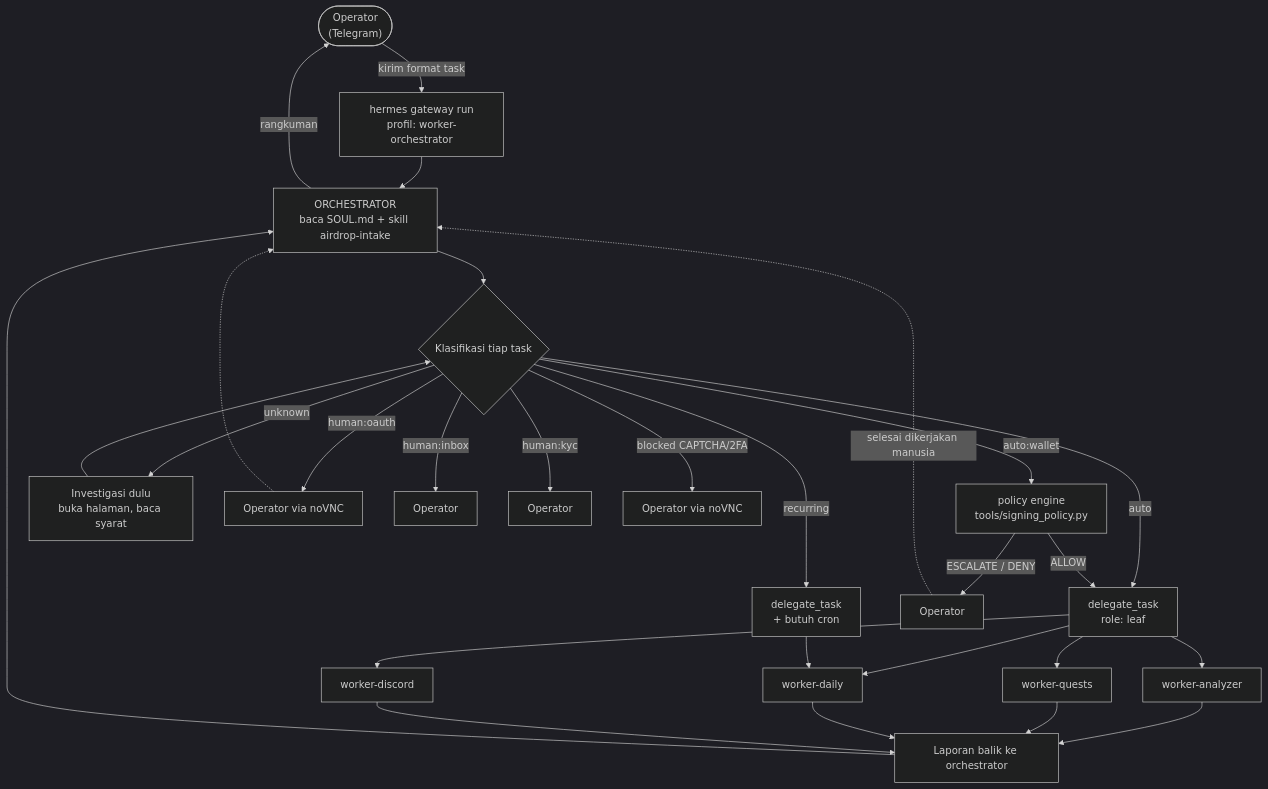
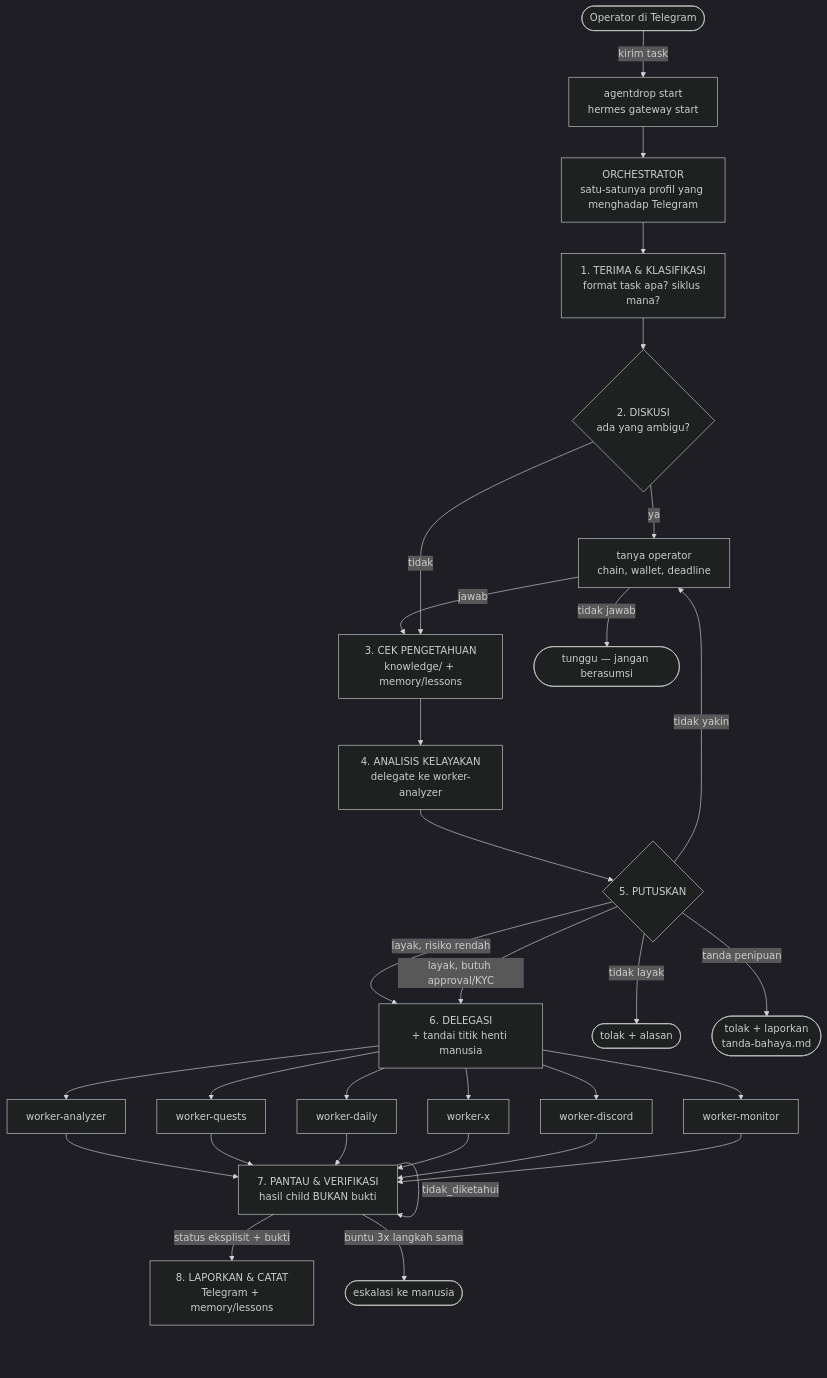
One commit to Scryptexai/AgentDrop changed the first of 6 diagrams in docs/arsitektur-alur.md. Above: the diagram before and after it, drawn with Mermaid (dark theme). The commit also changed other lines of this file and 4 other files, not shown here.

````diff
--- a/docs/arsitektur-alur.md
+++ b/docs/arsitektur-alur.md
@@ -18,36 +19,33 @@
 ```mermaid
 flowchart TD
-    U(["Operator<br/>(Telegram)"]) -->|"kirim format task"| GW["hermes gateway run<br/>profil: worker-orchestrator"]
-    GW --> ORC["ORCHESTRATOR<br/>baca SOUL.md + skill airdrop-intake"]
+    OP(["Operator di Telegram"]) -->|"kirim task"| GW["agentdrop start<br/>hermes gateway start"]
+    GW --> ORC["ORCHESTRATOR<br/>satu-satunya profil yang menghadap Telegram"]
 
-    ORC --> K{"Klasifikasi tiap task"}
+    ORC --> S1["1. TERIMA & KLASIFIKASI<br/>format task apa? siklus mana?"]
+    S1 --> S2{"2. DISKUSI<br/>ada yang ambigu?"}
+    S2 -->|"ya"| TNY["tanya operator<br/>chain, wallet, deadline"]
+    TNY -->|"jawab"| S3
+    TNY -->|"tidak jawab"| WAIT(["tunggu — jangan berasumsi"])
+    S2 -->|"tidak"| S3["3. CEK PENGETAHUAN<br/>knowledge/ + memory/lessons"]
 
-    K -->|auto| D1["delegate_task<br/>role: leaf"]
-    K -->|recurring| D2["delegate_task<br/>+ butuh cron"]
-    K -->|"auto:wallet"| PW["policy engine<br/>tools/signing_policy.py"]
-    PW -->|ALLOW| D1
-    PW -->|"ESCALATE / DENY"| H1["Operator"]
-    K -->|unknown| INV["Investigasi dulu<br/>buka halaman, baca syarat"]
-    INV --> K
+    S3 --> S4["4. ANALISIS KELAYAKAN<br/>delegate ke worker-analyzer"]
+    S4 --> S5{"5. PUTUSKAN"}
 
-    K -->|human:oauth| H2["Operator via noVNC"]
-    K -->|human:inbox| H3["Operator"]
-    K -->|human:kyc| H4["Operator"]
-    K -->|blocked CAPTCHA/2FA| H5["Operator via noVNC"]
+    S5 -->|"layak, risiko rendah"| S6
+    S5 -->|"layak, butuh approval/KYC"| S6["6. DELEGASI<br/>+ tandai titik henti manusia"]
+    S5 -->|"tidak layak"| TOLAK(["tolak + alasan"])
+    S5 -->|"tanda penipuan"| BAHAYA(["tolak + laporkan<br/>tanda-bahaya.md"])
+    S5 -->|"tidak yakin"| TNY
 
-    D1 --> WA["worker-analyzer"]
-    D1 --> WQ["worker-quests"]
-    D1 --> WD["worker-daily"]
-    D1 --> WDC["worker-discord"]
-    D2 --> WD
+    S6 --> WA["worker-analyzer"]
+    S6 --> WQ["worker-quests"]
+    S6 --> WD["worker-daily"]
+    S6 --> WX["worker-x"]
+    S6 --> WDI["worker-discord"]
+    S6 --> WM["worker-monitor"]
 
-    WA --> R["Laporan balik ke orchestrator"]
-    WQ --> R
-    WD --> R
-    WDC --> R
-    R --> ORC
-    ORC -->|"rangkuman"| U
-
-    H1 -.->|"selesai dikerjakan manusia"| ORC
-    H2 -.-> ORC
+    WA & WQ & WD & WX & WDI & WM --> S7["7. PANTAU & VERIFIKASI<br/>hasil child BUKAN bukti"]
+    S7 -->|"status eksplisit + bukti"| S8["8. LAPORKAN & CATAT<br/>Telegram + memory/lessons"]
+    S7 -->|"tidak_diketahui"| S7
+    S7 -->|"buntu 3x langkah sama"| ESC(["eskalasi ke manusia"])
 ```
````
